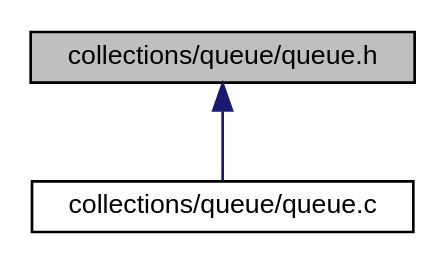
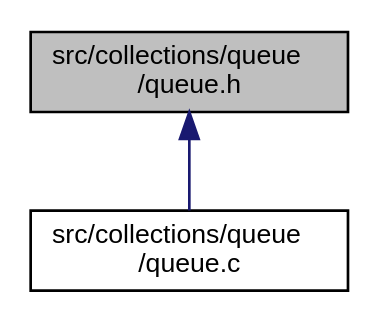
One commit to N1ghtF1re/C-Collections changed the diagram in docs/docspages/queue_8h__dep__incl.dot. Above: the diagram before and after it, drawn with Graphviz. The commit also changed 174 other files, not shown here.

```diff
--- a/docs/docspages/queue_8h__dep__incl.dot
+++ b/docs/docspages/queue_8h__dep__incl.dot
@@ -1,8 +1,8 @@
-digraph "collections/queue/queue.h"
+digraph "src/collections/queue/queue.h"
 {
   edge [fontname="Helvetica",fontsize="10",labelfontname="Helvetica",labelfontsize="10"];
   node [fontname="Helvetica",fontsize="10",shape=record];
-  Node2 [label="collections/queue/queue.h",height=0.2,width=0.4,color="black", fillcolor="grey75", style="filled", fontcolor="black"];
+  Node2 [label="src/collections/queue\l/queue.h",height=0.2,width=0.4,color="black", fillcolor="grey75", style="filled", fontcolor="black"];
   Node2 -> Node3 [dir="back",color="midnightblue",fontsize="10",style="solid",fontname="Helvetica"];
-  Node3 [label="collections/queue/queue.c",height=0.2,width=0.4,color="black", fillcolor="white", style="filled",URL="$queue_8c.html",tooltip="File containing implementation of Queue. "];
+  Node3 [label="src/collections/queue\l/queue.c",height=0.2,width=0.4,color="black", fillcolor="white", style="filled",URL="$queue_8c.html",tooltip="File containing implementation of Queue. "];
 }
```
